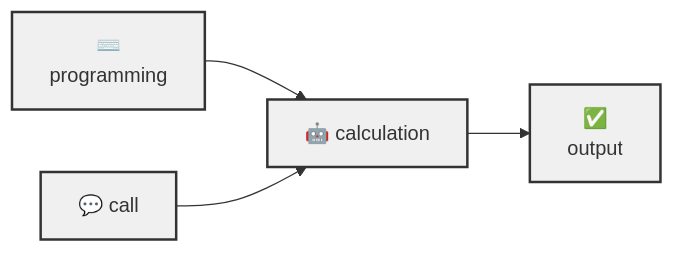
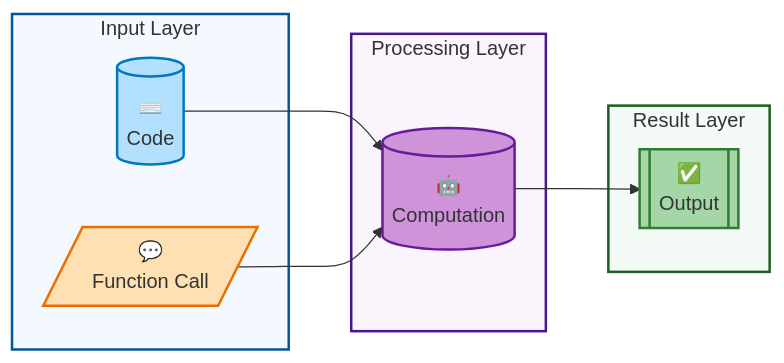
One commit to ianderrington/genai changed the first of 2 diagrams in docs/Understanding/overview/index.md. Above: the diagram before and after it, drawn with Mermaid. The commit also changed other lines of this file and 5 other files, not shown here.

````diff
--- a/docs/Understanding/overview/index.md
+++ b/docs/Understanding/overview/index.md
@@ -48,12 +55,35 @@
 ```mermaid
-graph LR;
-    Program[ ⌨️ <br> programming] --> Robot[🤖 calculation]
-    Programming[💬 call] --> Robot
-    Robot --> Output[✅ <br> output]
-
-    style Program fill:#f0f0f0, stroke:#333, stroke-width:2px
-    style Programming fill:#f0f0f0, stroke:#333, stroke-width:2px
-    style Robot fill:#f0f0f0, stroke:#333, stroke-width:2px
-    style Output fill:#f0f0f0, stroke:#333, stroke-width:2px
-
+graph LR
+    subgraph Input ["Input Layer"]
+        Program[("⌨️<br>Code")]
+        Call[/"💬<br>Function Call"/]
+    end
+    
+    subgraph Processing ["Processing Layer"]
+        Robot[("🤖<br>Computation")]
+    end
+    
+    subgraph Result ["Result Layer"]
+        Output[["✅<br>Output"]]
+    end
+    
+    Program --> Robot
+    Call --> Robot
+    Robot --> Output
+    
+    classDef input fill:#b3e0ff,stroke:#0277bd,stroke-width:2px
+    classDef funcCall fill:#ffe0b2,stroke:#ef6c00,stroke-width:2px
+    classDef process fill:#ce93d8,stroke:#6a1b9a,stroke-width:2px
+    classDef result fill:#a5d6a7,stroke:#2e7d32,stroke-width:2px
+    classDef inputBg fill:#f3f9ff,stroke:#01579b,stroke-width:2px
+    classDef processBg fill:#faf5fc,stroke:#4a148c,stroke-width:2px
+    classDef resultBg fill:#f4faf5,stroke:#1b5e20,stroke-width:2px
+    
+    class Program input
+    class Call funcCall
+    class Robot process
+    class Output result
+    class Input inputBg
+    class Processing processBg
+    class Result resultBg
 ```
````
